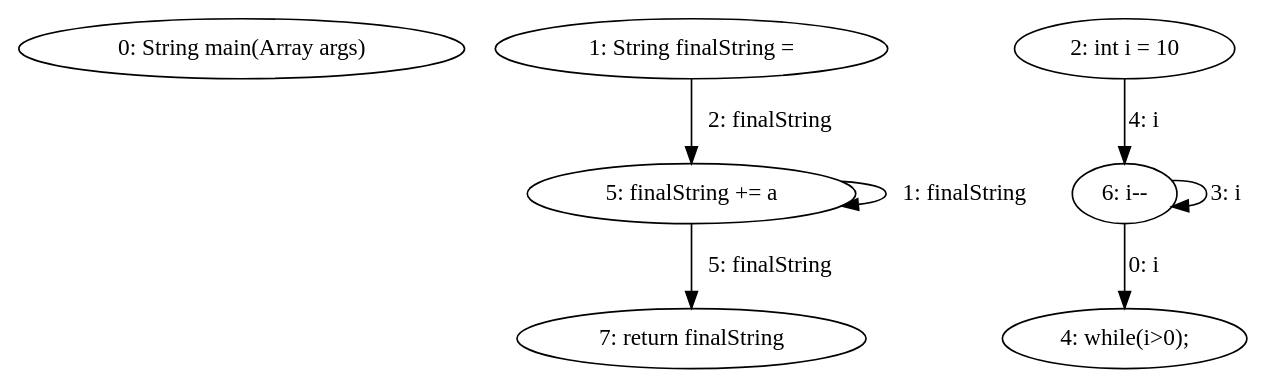
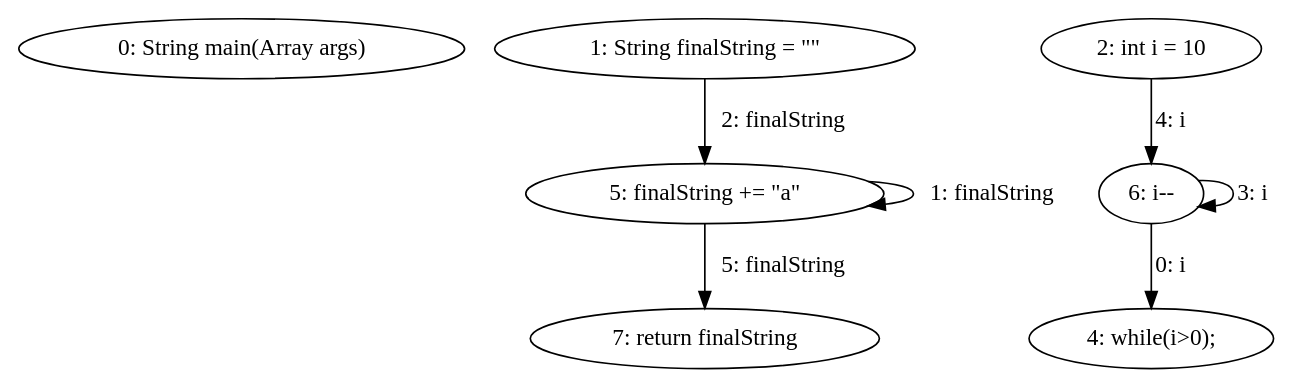
The diagram in export/dowhile_example_dfg.dot (DominguesGM/comp_astanalyze), drawn with Graphviz before and after one commit. The commit also changed 15 other files, not shown here.

```diff
--- a/export/dowhile_example_dfg.dot
+++ b/export/dowhile_example_dfg.dot
@@ -1,15 +1,15 @@
 digraph G {
   1 [ label="0: String main(Array args)" ];
-  2 [ label="1: String finalString = " ];
+  2 [ label="1: String finalString = \"\"" ];
   3 [ label="2: int i = 10" ];
   4 [ label="4: while(i>0);" ];
-  5 [ label="5: finalString += a" ];
+  5 [ label="5: finalString += \"a\"" ];
   6 [ label="6: i--" ];
   7 [ label="7: return finalString" ];
   6 -> 4 [ label="0: i" ];
   5 -> 5 [ label="1: finalString" ];
   2 -> 5 [ label="2: finalString" ];
   6 -> 6 [ label="3: i" ];
   3 -> 6 [ label="4: i" ];
   5 -> 7 [ label="5: finalString" ];
 }
```
